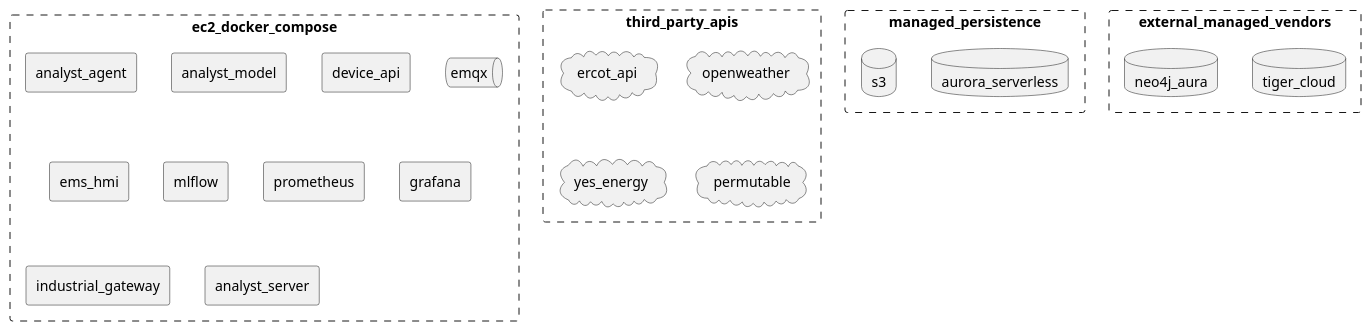
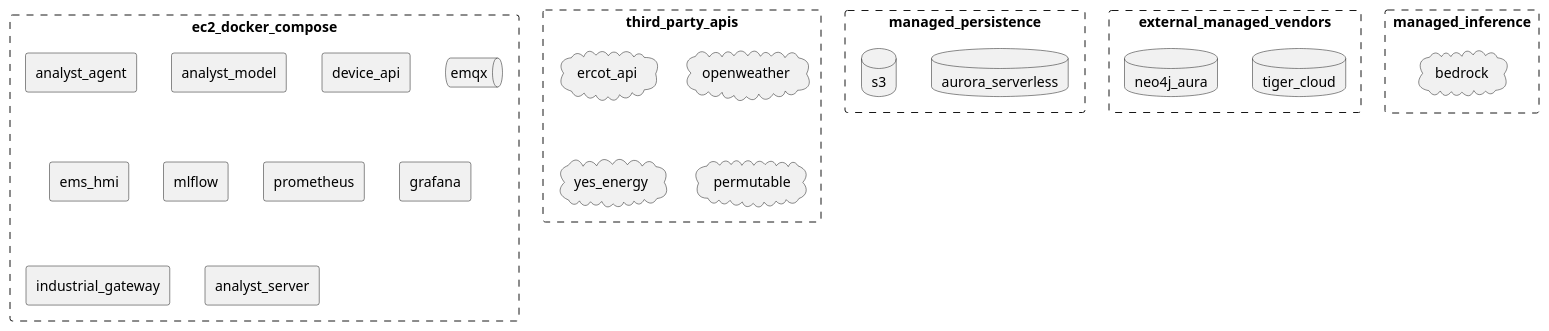
One commit to arcnode-io/ems changed the third of 6 diagrams in readme.md. Above: the diagram before and after it, drawn with PlantUML. The commit also changed other lines of this file, not shown here.

````diff
--- a/readme.md
+++ b/readme.md
@@ -117,32 +117,36 @@
 ```plantuml
 rectangle ec2_docker_compose #line.dashed {
     rectangle analyst_agent
     rectangle analyst_model
     rectangle device_api
     queue emqx
     rectangle ems_hmi
     rectangle mlflow
     rectangle prometheus
     rectangle grafana
     rectangle industrial_gateway
     rectangle analyst_server
 }
 
 rectangle managed_persistence #line.dashed {
     database aurora_serverless
     database s3
 }
 
 rectangle external_managed_vendors #line.dashed {
     database tiger_cloud
     database neo4j_aura
 }
 
+rectangle managed_inference #line.dashed {
+    cloud bedrock
+}
+
 rectangle third_party_apis #line.dashed {
     cloud ercot_api
     cloud openweather
     cloud yes_energy
     cloud permutable
 }
 
 ```
````
